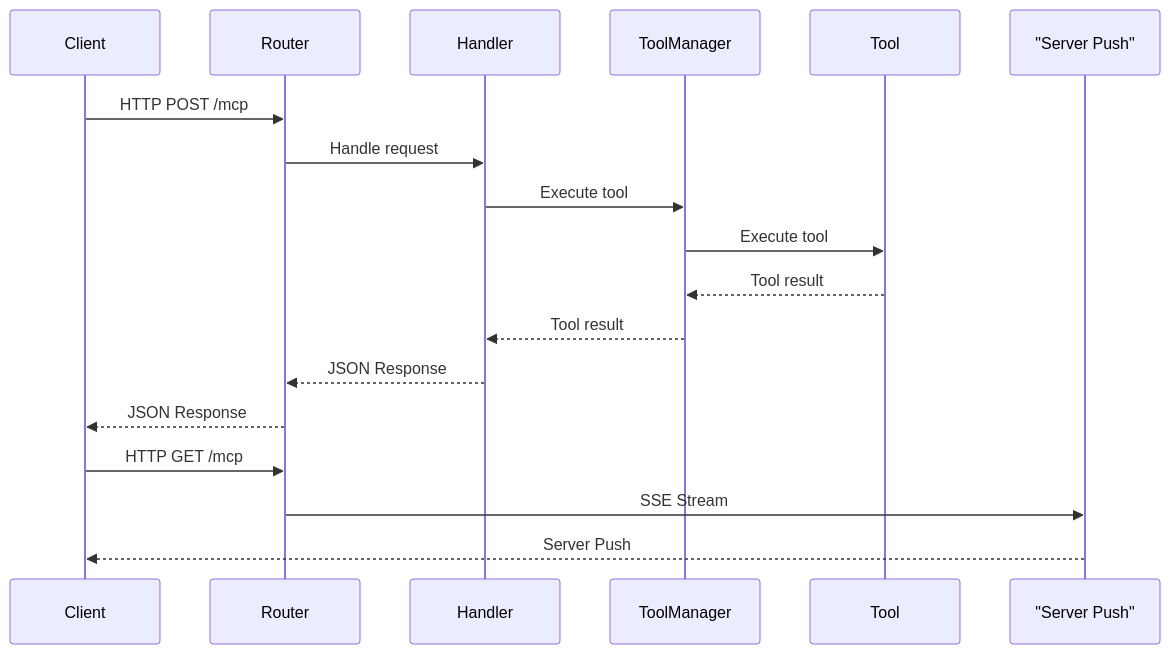
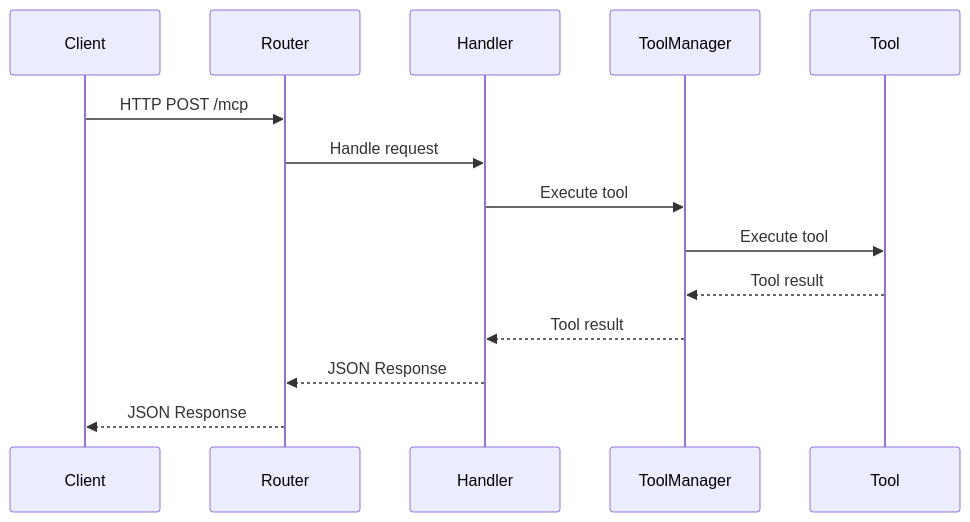
One commit to slighter12/godot-mcp-go changed the second of 2 diagrams in DEVELOPMENT.md. Above: the diagram before and after it, drawn with Mermaid. The commit also changed other lines of this file and 13 other files, not shown here.

````diff
--- a/DEVELOPMENT.md
+++ b/DEVELOPMENT.md
@@ -187,20 +187,16 @@
 ```mermaid
 sequenceDiagram
     participant Client
     participant Router
     participant Handler
     participant ToolManager
     participant Tool
-    participant ServerPush as "Server Push"
     Client->>Router: HTTP POST /mcp
     Router->>Handler: Handle request
     Handler->>ToolManager: Execute tool
     ToolManager->>Tool: Execute tool
     Tool-->>ToolManager: Tool result
     ToolManager-->>Handler: Tool result
     Handler-->>Router: JSON Response
     Router-->>Client: JSON Response
-    Client->>Router: HTTP GET /mcp
-    Router->>ServerPush: SSE Stream
-    ServerPush-->>Client: Server Push
 ```
````
